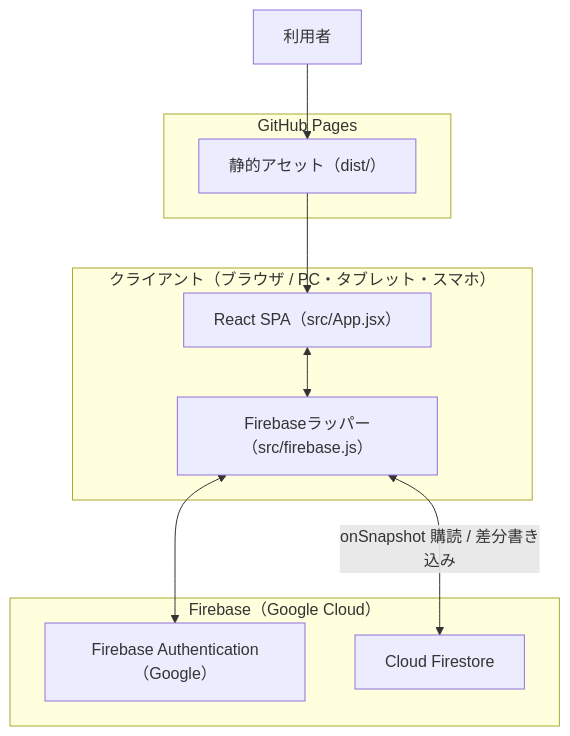
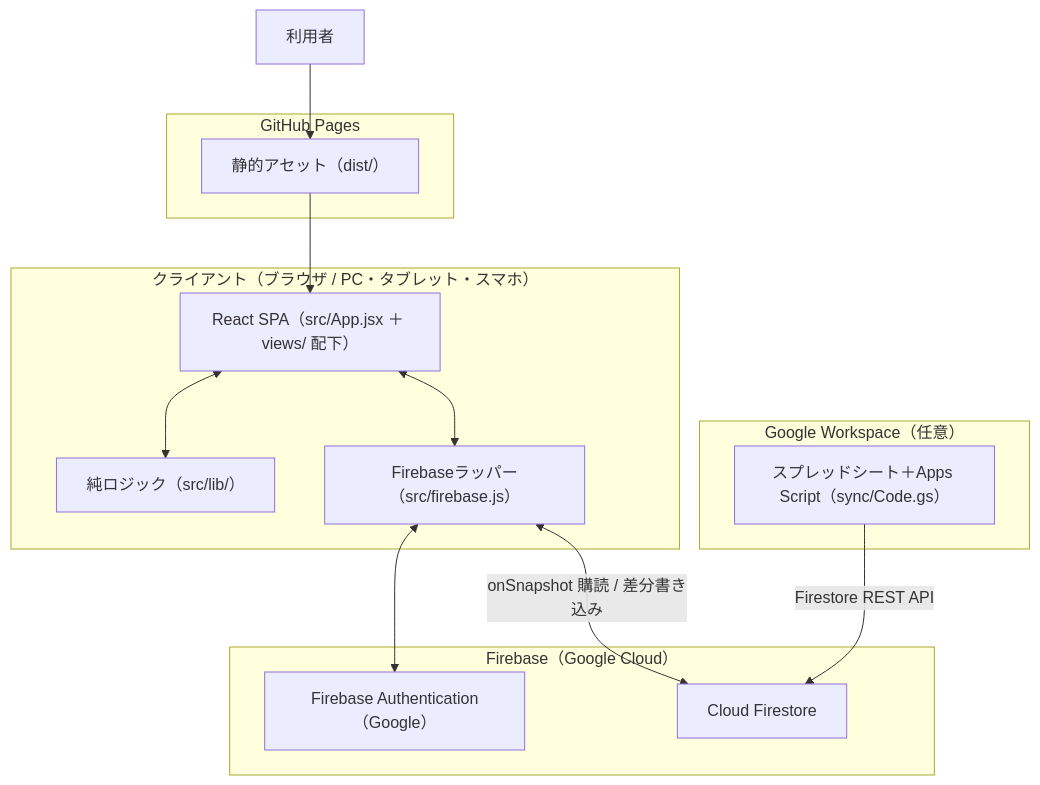
Before and after one commit to NAKAMUAR/koutei-zu: the first of 2 diagrams in docs/03_基本設計書.md, drawn with Mermaid. The commit also changed other lines of this file and 5 other files, not shown here.

````diff
--- a/docs/03_基本設計書.md
+++ b/docs/03_基本設計書.md
@@ -17,19 +18,25 @@
 ```mermaid
 flowchart TB
     subgraph Client["クライアント（ブラウザ / PC・タブレット・スマホ）"]
-        UI["React SPA（src/App.jsx）"]
+        UI["React SPA（src/App.jsx ＋ views/ 配下）"]
+        LIB["純ロジック（src/lib/）"]
         FW["Firebaseラッパー（src/firebase.js）"]
+        UI <--> LIB
         UI <--> FW
     end
     subgraph GH["GitHub Pages"]
         Static["静的アセット（dist/）"]
     end
     subgraph FB["Firebase（Google Cloud）"]
         Auth["Firebase Authentication（Google）"]
         FS["Cloud Firestore"]
     end
+    subgraph GAS["Google Workspace（任意）"]
+        Sheet["スプレッドシート＋Apps Script（sync/Code.gs）"]
+    end
     Browser["利用者"] --> Static
     Static --> UI
     FW <--> Auth
     FW <-->|"onSnapshot 購読 / 差分書き込み"| FS
+    Sheet -->|"Firestore REST API"| FS
 ```
````
